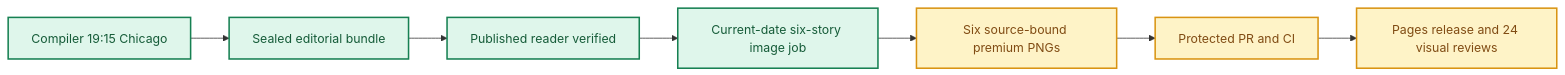
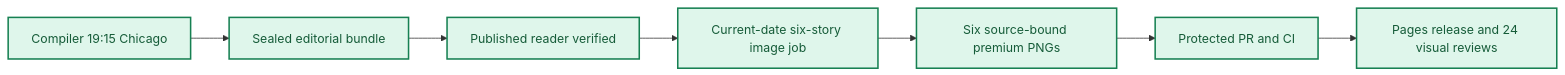
Before and after one commit to gttome/Daily-AI-Brief-Compiler: the diagram in daily/2026-10-14/combined.md, drawn with Mermaid. The commit also changed other lines of this file and 5 other files, not shown here.

````diff
--- a/daily/2026-10-14/combined.md
+++ b/daily/2026-10-14/combined.md
@@ -36,13 +36,13 @@
 ```mermaid
 flowchart LR
   A["Compiler 19:15 Chicago"] --> B["Sealed editorial bundle"]
   B --> C["Published reader verified"]
   C --> D["Current-date six-story image job"]
   D --> E["Six source-bound premium PNGs"]
   E --> F["Protected PR and CI"]
   F --> G["Pages release and 24 visual reviews"]
   classDef done fill:#dff6eb,color:#165c39,stroke:#168052,stroke-width:2px
   classDef uncertain fill:#fef3c7,color:#804c14,stroke:#d99412,stroke-width:2px
   class A,B,C,D done
-  class E,F,G uncertain
+  class E,F,G done
 ```
````
